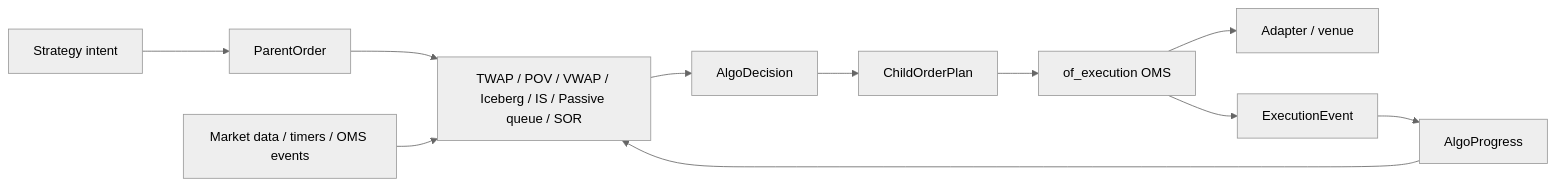
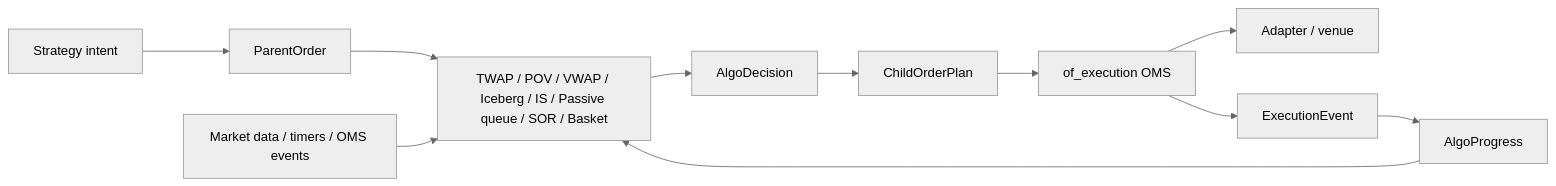
Before and after one commit to gregorian-09/orderflow: the diagram in crates/of_execution_algos/README.md, drawn with Mermaid (neutral theme). The commit also changed other lines of this file and 5 other files, not shown here.

````diff
--- a/crates/of_execution_algos/README.md
+++ b/crates/of_execution_algos/README.md
@@ -41,13 +43,13 @@
 ```mermaid
 flowchart LR
     Strategy[Strategy intent] --> Parent[ParentOrder]
-    Parent --> Algo[TWAP / POV / VWAP / Iceberg / IS / Passive queue / SOR]
+    Parent --> Algo[TWAP / POV / VWAP / Iceberg / IS / Passive queue / SOR / Basket]
     Market[Market data / timers / OMS events] --> Algo
     Algo --> Decision[AlgoDecision]
     Decision --> Child[ChildOrderPlan]
     Child --> OMS[of_execution OMS]
     OMS --> Venue[Adapter / venue]
     OMS --> Events[ExecutionEvent]
     Events --> Progress[AlgoProgress]
     Progress --> Algo
 ```
````
